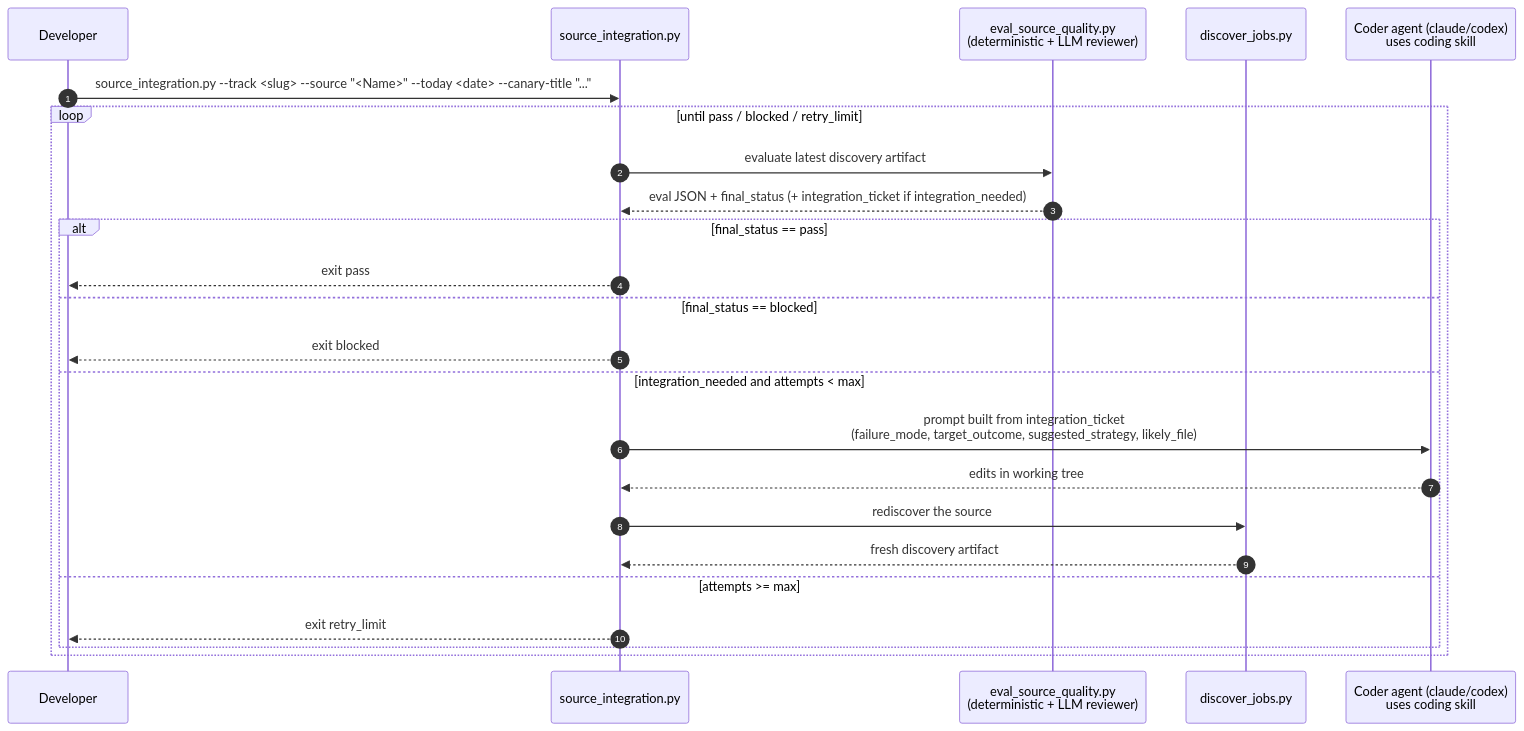
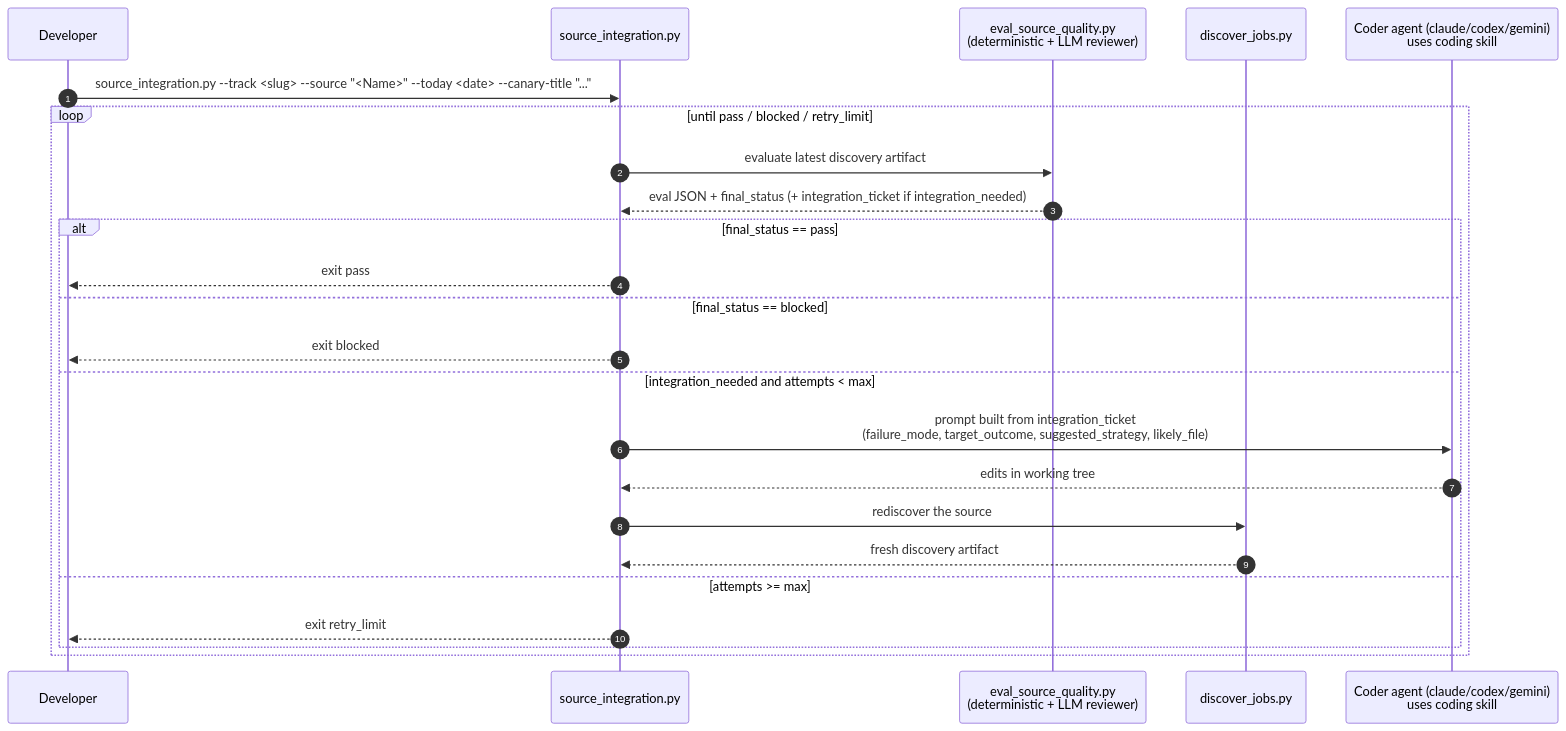
The third of 3 diagrams in docs/architecture.md (jvdheyden/jobwatch), drawn with Mermaid before and after one commit. The commit also changed other lines of this file and 15 other files, not shown here.

````diff
--- a/docs/architecture.md
+++ b/docs/architecture.md
@@ -174,27 +174,27 @@
 ```mermaid
 sequenceDiagram
   autonumber
   participant Dev as Developer
   participant Integrate as source_integration.py
   participant Eval as eval_source_quality.py<br/>(deterministic + LLM reviewer)
   participant Disc as discover_jobs.py
-  participant Coder as Coder agent (claude/codex)<br/>uses coding skill
+  participant Coder as Coder agent (claude/codex/gemini)<br/>uses coding skill
 
   Dev->>Integrate: source_integration.py --track <slug> --source "<Name>" --today <date> --canary-title "..."
   loop until pass / blocked / retry_limit
     Integrate->>Eval: evaluate latest discovery artifact
     Eval-->>Integrate: eval JSON + final_status (+ integration_ticket if integration_needed)
     alt final_status == pass
       Integrate-->>Dev: exit pass
     else final_status == blocked
       Integrate-->>Dev: exit blocked
     else integration_needed and attempts < max
       Integrate->>Coder: prompt built from integration_ticket<br/>(failure_mode, target_outcome, suggested_strategy, likely_file)
       Coder-->>Integrate: edits in working tree
       Integrate->>Disc: rediscover the source
       Disc-->>Integrate: fresh discovery artifact
     else attempts >= max
       Integrate-->>Dev: exit retry_limit
     end
   end
 ```
````
